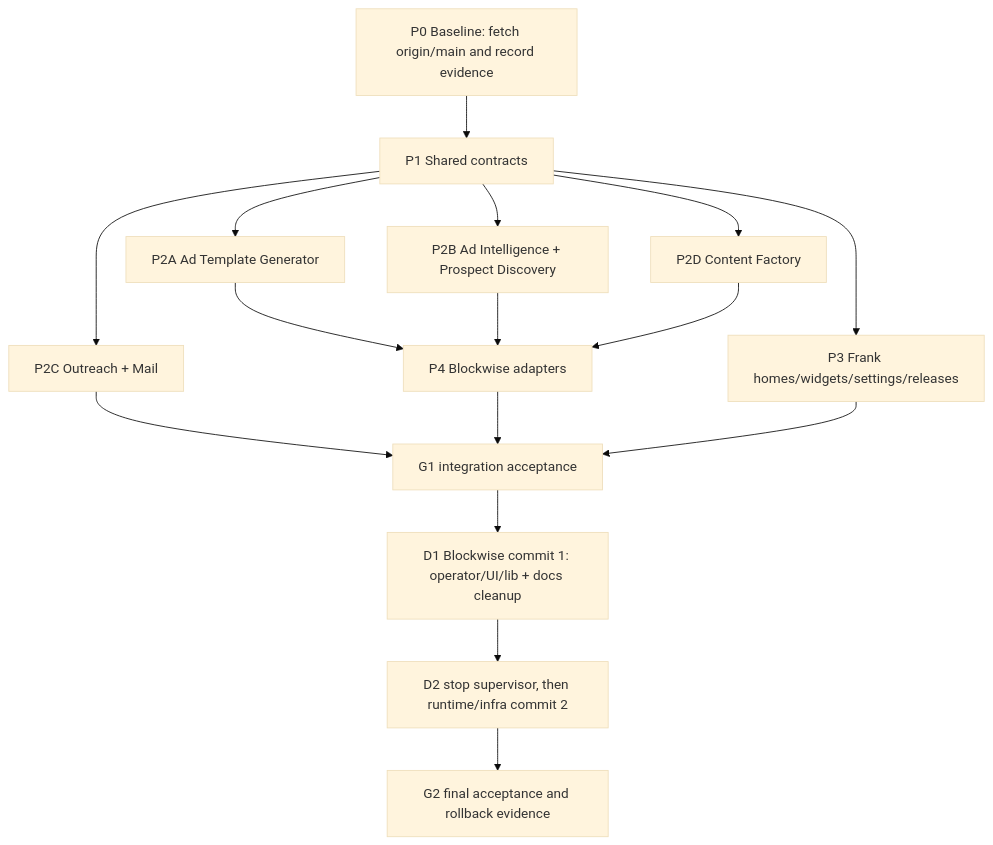
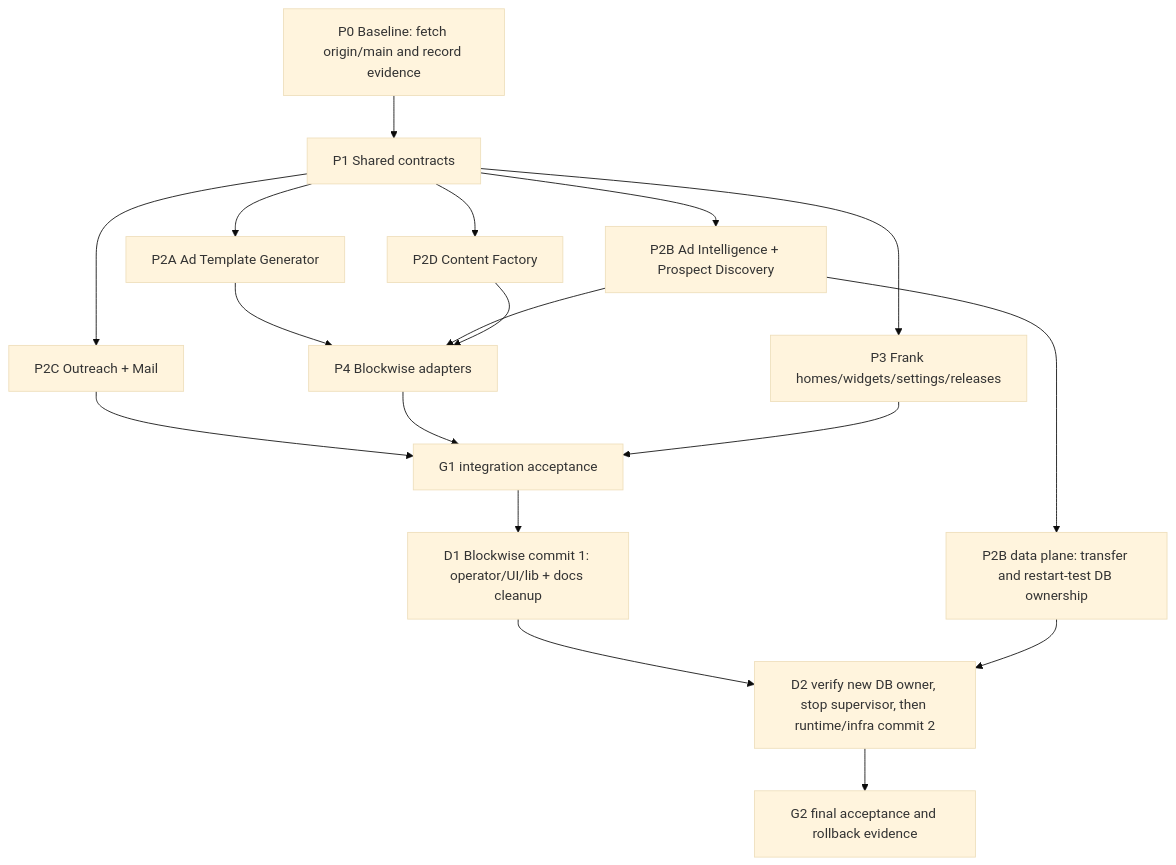
Before and after one commit to stevenshelley58-afk/frank: the diagram in docs/blockwise-to-frank-tool-migration.md, drawn with Mermaid (base theme). The commit also changed other lines of this file, not shown here.

Commit message:
Gate research database ownership transfer

````diff
--- a/docs/blockwise-to-frank-tool-migration.md
+++ b/docs/blockwise-to-frank-tool-migration.md
@@ -404,18 +404,20 @@
 ```mermaid
 flowchart TD
   P0["P0 Baseline: fetch origin/main and record evidence"] --> P1["P1 Shared contracts"]
   P1 --> A["P2A Ad Template Generator"]
   P1 --> B["P2B Ad Intelligence + Prospect Discovery"]
   P1 --> C["P2C Outreach + Mail"]
   P1 --> D["P2D Content Factory"]
   P1 --> F["P3 Frank homes/widgets/settings/releases"]
   A --> E["P4 Blockwise adapters"]
   B --> E
   D --> E
   C --> G["G1 integration acceptance"]
   E --> G
   F --> G
   G --> D1["D1 Blockwise commit 1: operator/UI/lib + docs cleanup"]
-  D1 --> D2["D2 stop supervisor, then runtime/infra commit 2"]
+  B --> DB["P2B data plane: transfer and restart-test DB ownership"]
+  D1 --> D2["D2 verify new DB owner, stop supervisor, then runtime/infra commit 2"]
+  DB --> D2
   D2 --> G2["G2 final acceptance and rollback evidence"]
 ```
````
